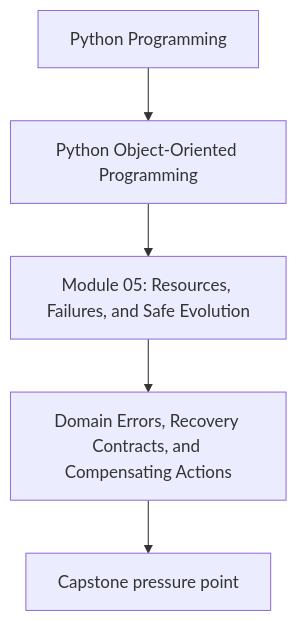
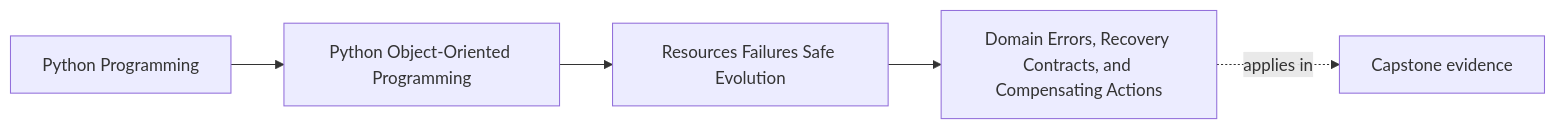
Before and after one commit to bijux/bijux-masterclass: the first of 2 diagrams in programs/python-programming/python-object-oriented-programming/course-book/module-05-resources-failures-safe-evolution/domain-errors-recovery-contracts-and-compensating-actions.md, drawn with Mermaid. The commit also changed other lines of this file and 103 other files, not shown here.

Commit message:
docs(python-object-oriented-programming): map sustainment and capstone surfaces

````diff
--- a/programs/python-programming/python-object-oriented-programming/course-book/module-05-resources-failures-safe-evolution/domain-errors-recovery-contracts-and-compensating-actions.md
+++ b/programs/python-programming/python-object-oriented-programming/course-book/module-05-resources-failures-safe-evolution/domain-errors-recovery-contracts-and-compensating-actions.md
@@ -7,7 +7,11 @@
 ```mermaid
-flowchart TD
-  family["Python Programming"] --> program["Python Object-Oriented Programming"]
-  program --> module["Module 05: Resources, Failures, and Safe Evolution"]
-  module --> concept["Domain Errors, Recovery Contracts, and Compensating Actions"]
-  concept --> capstone["Capstone pressure point"]
+graph LR
+  family["Python Programming"]
+  program["Python Object-Oriented Programming"]
+  section["Resources Failures Safe Evolution"]
+  page["Domain Errors, Recovery Contracts, and Compensating Actions"]
+  capstone["Capstone evidence"]
+
+  family --> program --> section --> page
+  page -.applies in.-> capstone
 ```
````
